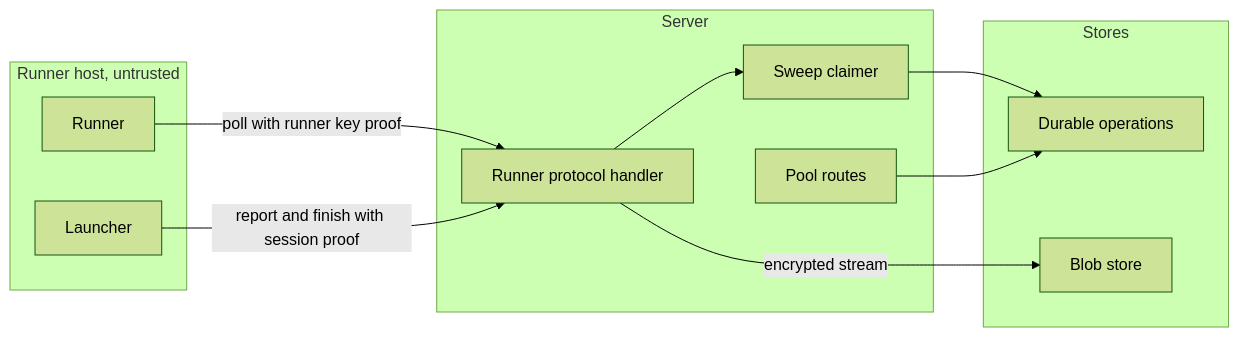
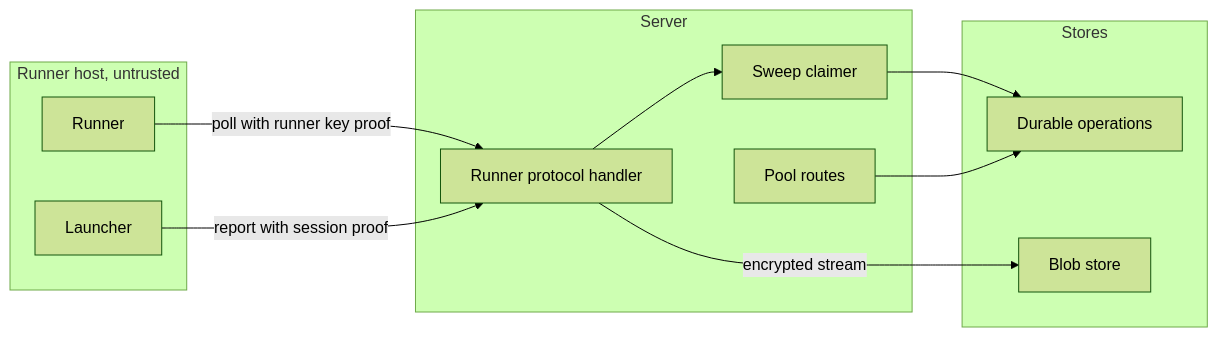
The third of 3 diagrams in openspec/changes/add-job-session-paths-runner-sweep-claimer-wiring/design.md (OpenDustpan/OpenDustpan), drawn with Mermaid (forest theme) before and after one commit. The commit also changed other lines of this file and 3 other files, not shown here.

First line of the commit message:
spec(add-job-session-paths-runner-sweep-claimer-wiring): PUT sweep-report only, report ports in pkg/dustpan

````diff
--- a/openspec/changes/add-job-session-paths-runner-sweep-claimer-wiring/design.md
+++ b/openspec/changes/add-job-session-paths-runner-sweep-claimer-wiring/design.md
@@ -69,22 +68,22 @@
 ```mermaid
 flowchart LR
  subgraph Host[Runner host, untrusted]
  L[Launcher]
  R[Runner]
  end
  subgraph Server[Server]
  H[Runner protocol handler]
  C[Sweep claimer]
  P[Pool routes]
  end
  subgraph Store[Stores]
  D[Durable operations]
  B[Blob store]
  end
  R-->|poll with runner key proof|H
- L-->|report and finish with session proof|H
+ L-->|report with session proof|H
  H-->C
  C-->D
  H-->|encrypted stream|B
  P-->D
 ```
````
